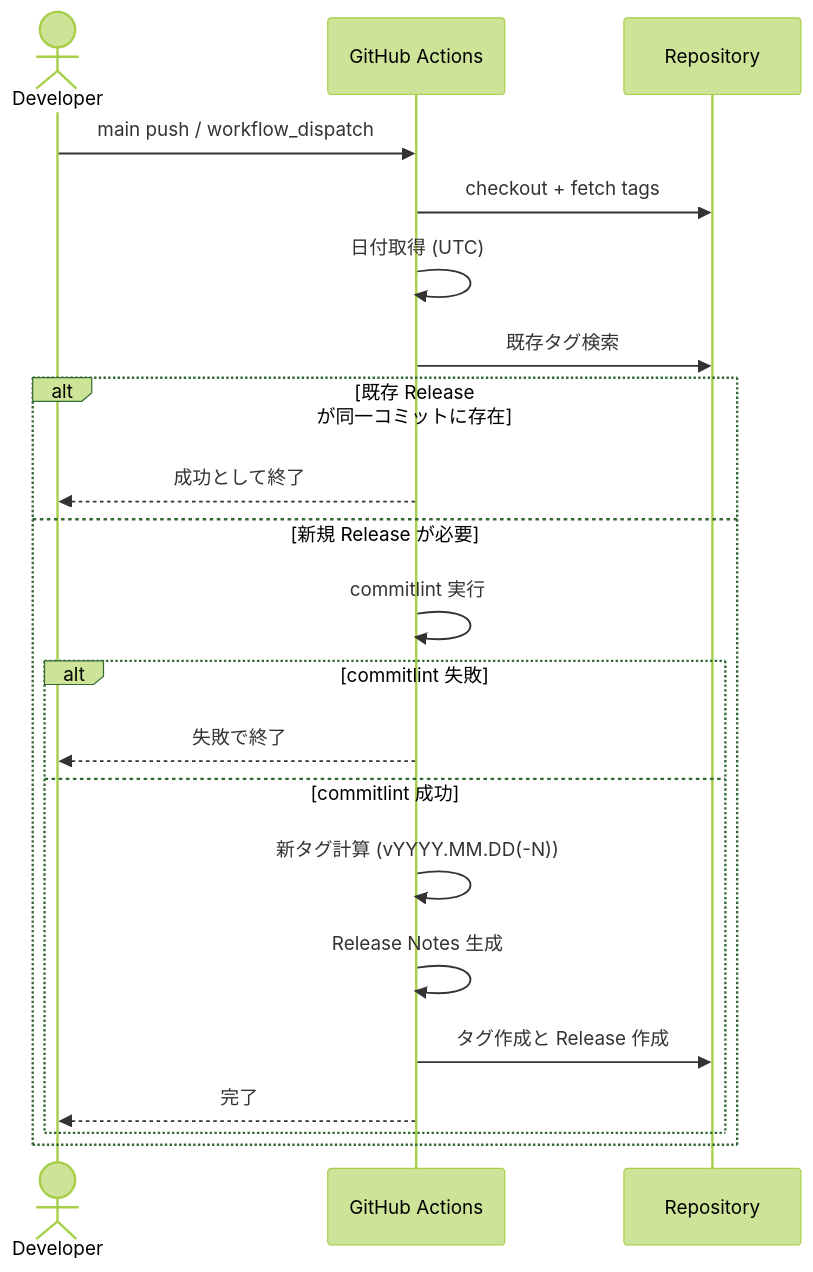
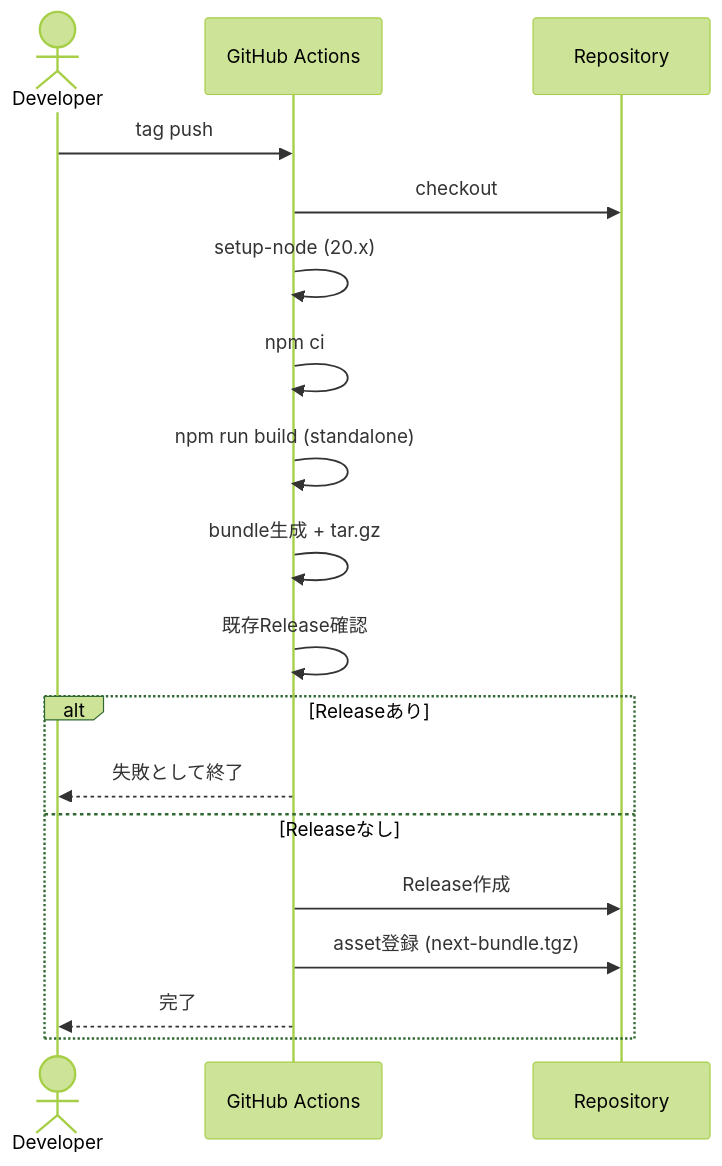
Before and after one commit to LevelCapTech/Agile-PMBOK-Assist: the first of 2 diagrams in .github/copilot/plans/47_github-release-management-implementation-plan.md, drawn with Mermaid (forest theme). The commit also changed other lines of this file, not shown here.

````diff
--- a/.github/copilot/plans/47_github-release-management-implementation-plan.md
+++ b/.github/copilot/plans/47_github-release-management-implementation-plan.md
@@ -62,24 +104,21 @@
 ```mermaid
 sequenceDiagram
   actor Dev as Developer
   participant GH as GitHub Actions
   participant Repo as Repository
 
-  Dev->>GH: main push / workflow_dispatch
-  GH->>Repo: checkout + fetch tags
-  GH->>GH: 日付取得 (UTC)
-  GH->>Repo: 既存タグ検索
-  alt 既存 Release が同一コミットに存在
-    GH-->>Dev: 成功として終了
-  else 新規 Release が必要
-    GH->>GH: commitlint 実行
-    alt commitlint 失敗
-      GH-->>Dev: 失敗で終了
-    else commitlint 成功
-      GH->>GH: 新タグ計算 (vYYYY.MM.DD(-N))
-      GH->>GH: Release Notes 生成
-      GH->>Repo: タグ作成と Release 作成
-      GH-->>Dev: 完了
-    end
+  Dev->>GH: tag push
+  GH->>Repo: checkout
+  GH->>GH: setup-node (20.x)
+  GH->>GH: npm ci
+  GH->>GH: npm run build (standalone)
+  GH->>GH: bundle生成 + tar.gz
+  GH->>GH: 既存Release確認
+  alt Releaseあり
+    GH-->>Dev: 失敗として終了
+  else Releaseなし
+    GH->>Repo: Release作成
+    GH->>Repo: asset登録 (next-bundle.tgz)
+    GH-->>Dev: 完了
   end
 ```
````
